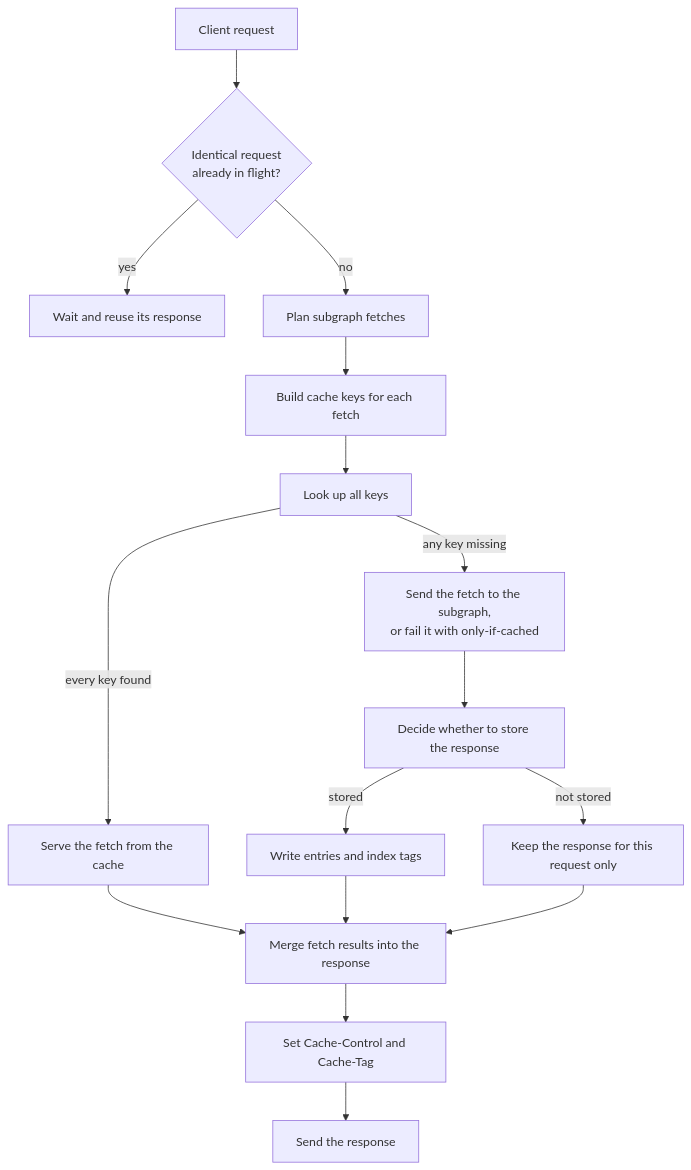
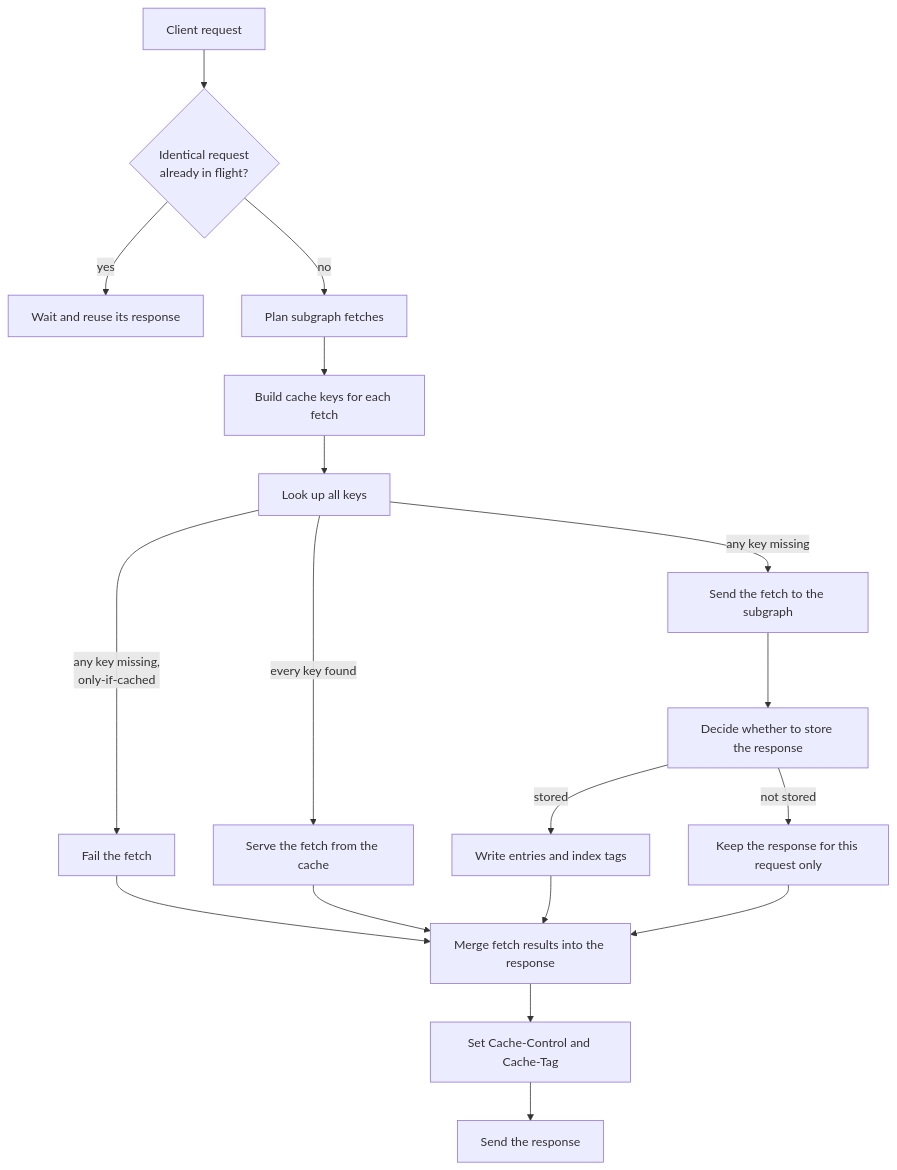
One commit to wundergraph/cosmo changed the diagram in docs-website/router/response-cache/how-it-works.mdx. Above: the diagram before and after it, drawn with Mermaid. The commit also changed other lines of this file and 4 other files, not shown here.

````diff
--- a/docs-website/router/response-cache/how-it-works.mdx
+++ b/docs-website/router/response-cache/how-it-works.mdx
@@ -18,18 +18,20 @@
 ```mermaid
 flowchart TD
   A[Client request] --> B{Identical request<br/>already in flight?}
   B -- yes --> C[Wait and reuse its response]
   B -- no --> D[Plan subgraph fetches]
   D --> E[Build cache keys for each fetch]
   E --> F[Look up all keys]
   F -- every key found --> G[Serve the fetch from the cache]
-  F -- any key missing --> H[Send the fetch to the subgraph,<br/>or fail it with only-if-cached]
+  F -- any key missing --> H[Send the fetch to the subgraph]
+  F -- any key missing,<br/>only-if-cached --> X[Fail the fetch]
+  X --> L
   H --> I[Decide whether to store the response]
   I -- stored --> J[Write entries and index tags]
   I -- not stored --> K[Keep the response for this request only]
   G --> L[Merge fetch results into the response]
   J --> L
   K --> L
   L --> M[Set Cache-Control and Cache-Tag]
   M --> N[Send the response]
 ```
````
